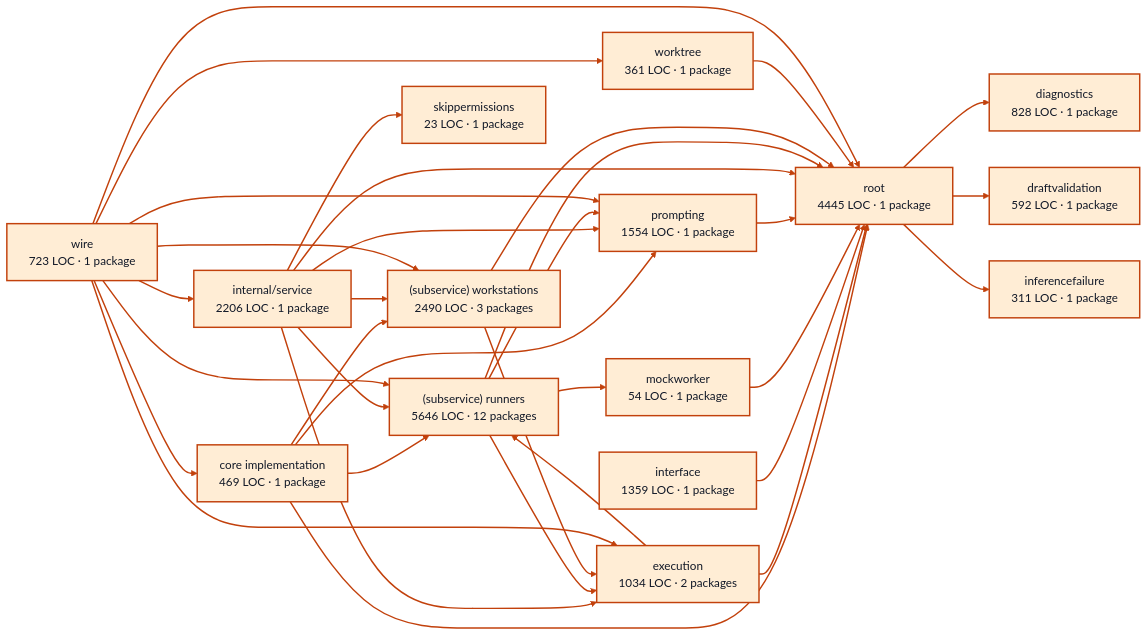
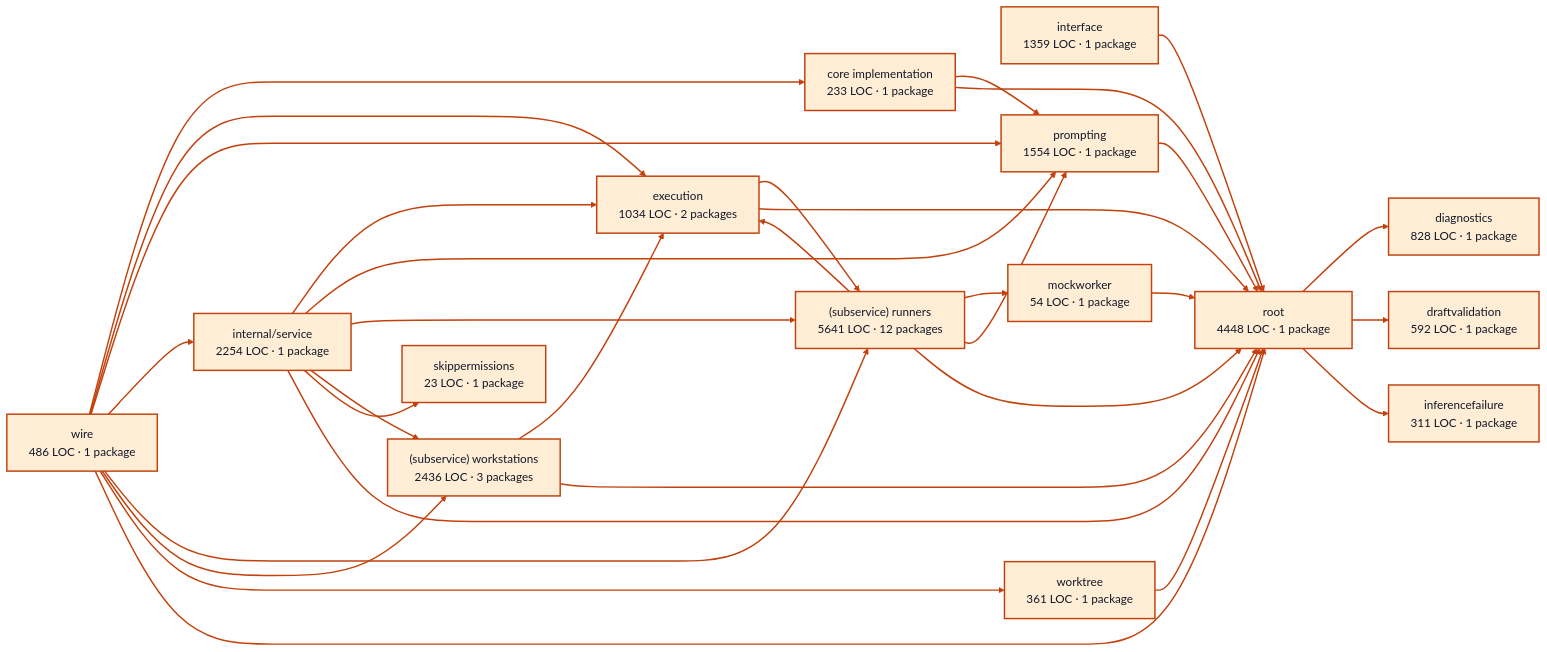
Before and after one commit to portpowered/you-agent-factory: the diagram in docs/architecture/visualizations/services/workers.md, drawn with Mermaid. The commit also changed other lines of this file and 20 other files, not shown here.

Commit message:
docs: refresh backend architecture visualizations

````diff
--- a/docs/architecture/visualizations/services/workers.md
+++ b/docs/architecture/visualizations/services/workers.md
@@ -11,67 +11,65 @@
 ```mermaid
 flowchart LR
-  p0["core implementation<br/>469 LOC · 1 package"]
+  p0["core implementation<br/>233 LOC · 1 package"]
   p1["diagnostics<br/>828 LOC · 1 package"]
   p2["draftvalidation<br/>592 LOC · 1 package"]
   p3["execution<br/>1034 LOC · 2 packages"]
   p4["inferencefailure<br/>311 LOC · 1 package"]
   p5["interface<br/>1359 LOC · 1 package"]
   p6["mockworker<br/>54 LOC · 1 package"]
   p7["prompting<br/>1554 LOC · 1 package"]
-  p8["internal/service<br/>2206 LOC · 1 package"]
-  p9["(subservice) runners<br/>5646 LOC · 12 packages"]
-  p10["(subservice) workstations<br/>2490 LOC · 3 packages"]
+  p8["internal/service<br/>2254 LOC · 1 package"]
+  p9["(subservice) runners<br/>5641 LOC · 12 packages"]
+  p10["(subservice) workstations<br/>2436 LOC · 3 packages"]
   p11["skippermissions<br/>23 LOC · 1 package"]
   p12["worktree<br/>361 LOC · 1 package"]
-  p13["root<br/>4445 LOC · 1 package"]
-  p14["wire<br/>723 LOC · 1 package"]
+  p13["root<br/>4448 LOC · 1 package"]
+  p14["wire<br/>486 LOC · 1 package"]
   p0 --> p7
-  p0 --> p9
-  p0 --> p10
   p0 --> p13
   p3 --> p9
   p3 --> p13
   p5 --> p13
   p6 --> p13
   p7 --> p13
   p8 --> p3
   p8 --> p7
   p8 --> p9
   p8 --> p10
   p8 --> p11
   p8 --> p13
   p9 --> p3
   p9 --> p6
   p9 --> p7
   p9 --> p13
   p10 --> p3
   p10 --> p13
   p12 --> p13
   p13 --> p1
   p13 --> p2
   p13 --> p4
   p14 --> p0
   p14 --> p3
   p14 --> p7
   p14 --> p8
   p14 --> p9
   p14 --> p10
   p14 --> p12
   p14 --> p13
   style p0 fill:#ffedd5,stroke:#c2410c,stroke-width:2px,color:#111827
   style p1 fill:#ffedd5,stroke:#c2410c,stroke-width:2px,color:#111827
   style p2 fill:#ffedd5,stroke:#c2410c,stroke-width:2px,color:#111827
   style p3 fill:#ffedd5,stroke:#c2410c,stroke-width:2px,color:#111827
   style p4 fill:#ffedd5,stroke:#c2410c,stroke-width:2px,color:#111827
   style p5 fill:#ffedd5,stroke:#c2410c,stroke-width:2px,color:#111827
   style p6 fill:#ffedd5,stroke:#c2410c,stroke-width:2px,color:#111827
   style p7 fill:#ffedd5,stroke:#c2410c,stroke-width:2px,color:#111827
   style p8 fill:#ffedd5,stroke:#c2410c,stroke-width:2px,color:#111827
   style p9 fill:#ffedd5,stroke:#c2410c,stroke-width:2px,color:#111827
   style p10 fill:#ffedd5,stroke:#c2410c,stroke-width:2px,color:#111827
   style p11 fill:#ffedd5,stroke:#c2410c,stroke-width:2px,color:#111827
   style p12 fill:#ffedd5,stroke:#c2410c,stroke-width:2px,color:#111827
   style p13 fill:#ffedd5,stroke:#c2410c,stroke-width:2px,color:#111827
   style p14 fill:#ffedd5,stroke:#c2410c,stroke-width:2px,color:#111827
   linkStyle default stroke:#c2410c,stroke-width:2px
 ```
````
